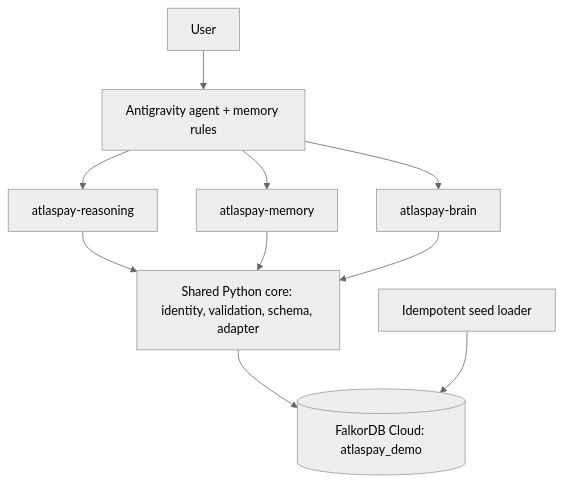
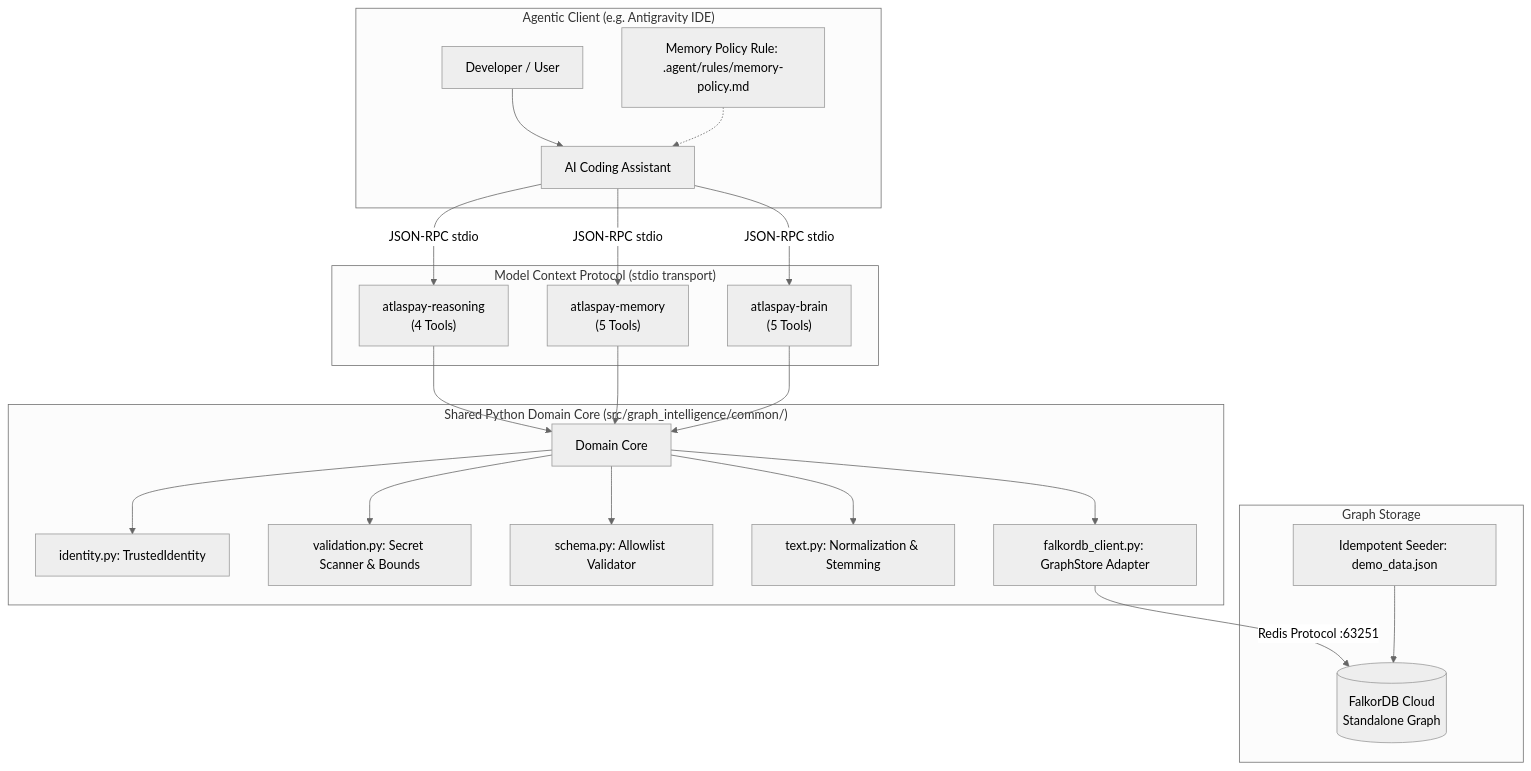
One commit to herbert-bevan/falkordb-graph-intelligence changed the first of 2 diagrams in README.md. Above: the diagram before and after it, drawn with Mermaid (neutral theme). The commit also changed other lines of this file, not shown here.

Commit message:
docs: enrich README with exhaustive architecture, code details, and FalkorDB improvements

````diff
--- a/README.md
+++ b/README.md
@@ -13,12 +49,29 @@
 ```mermaid
 flowchart TD
-  U[User] --> L[Antigravity agent + memory rules]
-  L --> M1[atlaspay-reasoning]
-  L --> M2[atlaspay-memory]
-  L --> M3[atlaspay-brain]
-  M1 --> C[Shared Python core: identity, validation, schema, adapter]
-  M2 --> C
-  M3 --> C
-  C --> F[(FalkorDB Cloud: atlaspay_demo)]
-  SEED[Idempotent seed loader] --> F
+  subgraph Agentic_Client["Agentic Client (e.g. Antigravity IDE)"]
+    U[Developer / User] --> Agent[AI Coding Assistant]
+    Rule[Memory Policy Rule: .agent/rules/memory-policy.md] -.-> Agent
+  end
+
+  subgraph MCP_Layer["Model Context Protocol (stdio transport)"]
+    Agent -->|JSON-RPC stdio| M1["atlaspay-reasoning<br/>(4 Tools)"]
+    Agent -->|JSON-RPC stdio| M2["atlaspay-memory<br/>(5 Tools)"]
+    Agent -->|JSON-RPC stdio| M3["atlaspay-brain<br/>(5 Tools)"]
+  end
+
+  subgraph Core_Layer["Shared Python Domain Core (src/graph_intelligence/common/)"]
+    M1 --> Core[Domain Core]
+    M2 --> Core
+    M3 --> Core
+    Core --> Ident[identity.py: TrustedIdentity]
+    Core --> Valid[validation.py: Secret Scanner & Bounds]
+    Core --> Schema[schema.py: Allowlist Validator]
+    Core --> Text[text.py: Normalization & Stemming]
+    Core --> Adapter[falkordb_client.py: GraphStore Adapter]
+  end
+
+  subgraph Database_Layer["Graph Storage"]
+    Adapter -->|Redis Protocol :63251| F[(FalkorDB Cloud<br/>Standalone Graph)]
+    Seed[Idempotent Seeder: demo_data.json] --> F
+  end
 ```
````
